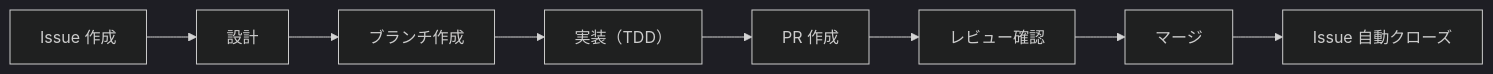
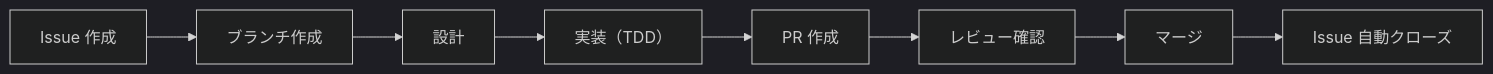
One commit to ka2kama/ringiflow changed the first of 2 diagrams in docs/04_手順書/04_開発フロー/01_Issue駆動開発.md. Above: the diagram before and after it, drawn with Mermaid (dark theme). The commit also changed other lines of this file, not shown here.

````diff
--- a/docs/04_手順書/04_開発フロー/01_Issue駆動開発.md
+++ b/docs/04_手順書/04_開発フロー/01_Issue駆動開発.md
@@ -20,10 +20,10 @@
 ```mermaid
 flowchart LR
-    A["Issue 作成"] --> B["設計"]
-    B --> C["ブランチ作成"]
+    A["Issue 作成"] --> B["ブランチ作成"]
+    B --> C["設計"]
     C --> D["実装（TDD）"]
     D --> E["PR 作成"]
     E --> F["レビュー確認"]
     F --> G["マージ"]
     G --> H["Issue 自動クローズ"]
 ```
````
